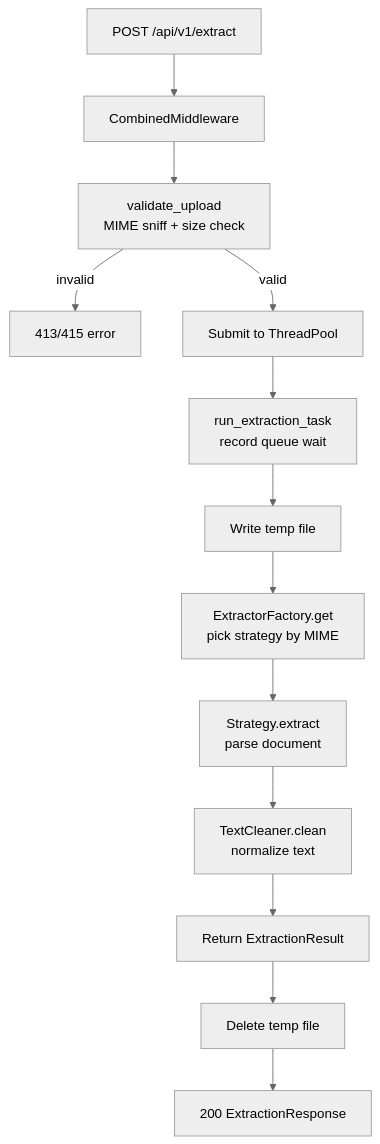
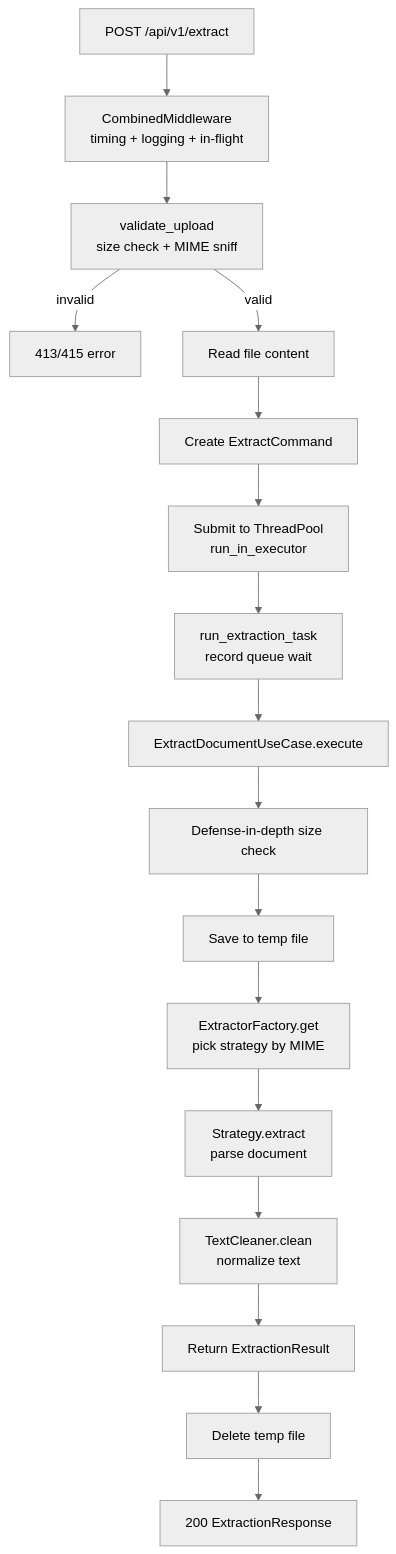
Before and after one commit to kunalPisolkar24/detectAI: the fourth of 6 diagrams in services/document-parser/docs/concepts/architecture.md, drawn with Mermaid (neutral theme). The commit also changed other lines of this file and 9 other files, not shown here.

````diff
--- a/services/document-parser/docs/concepts/architecture.md
+++ b/services/document-parser/docs/concepts/architecture.md
@@ -161,15 +177,19 @@
 ```mermaid
 graph TB
-    A[POST /api/v1/extract] --> B[CombinedMiddleware]
-    B --> C[validate_upload<br/>MIME sniff + size check]
+    A[POST /api/v1/extract] --> B[CombinedMiddleware<br/>timing + logging + in-flight]
+    B --> C[validate_upload<br/>size check + MIME sniff]
     C -->|invalid| D[413/415 error]
-    C -->|valid| E[Submit to ThreadPool]
-    E --> F[run_extraction_task<br/>record queue wait]
-    F --> G[Write temp file]
-    G --> H[ExtractorFactory.get<br/>pick strategy by MIME]
-    H --> I[Strategy.extract<br/>parse document]
-    I --> J[TextCleaner.clean<br/>normalize text]
-    J --> K[Return ExtractionResult]
-    K --> L[Delete temp file]
-    L --> M[200 ExtractionResponse]
+    C -->|valid| E[Read file content]
+    E --> F[Create ExtractCommand]
+    F --> G[Submit to ThreadPool<br/>run_in_executor]
+    G --> H[run_extraction_task<br/>record queue wait]
+    H --> I[ExtractDocumentUseCase.execute]
+    I --> J[Defense-in-depth size check]
+    J --> K[Save to temp file]
+    K --> L[ExtractorFactory.get<br/>pick strategy by MIME]
+    L --> M[Strategy.extract<br/>parse document]
+    M --> N[TextCleaner.clean<br/>normalize text]
+    N --> O[Return ExtractionResult]
+    O --> P[Delete temp file]
+    P --> Q[200 ExtractionResponse]
 ```
````
